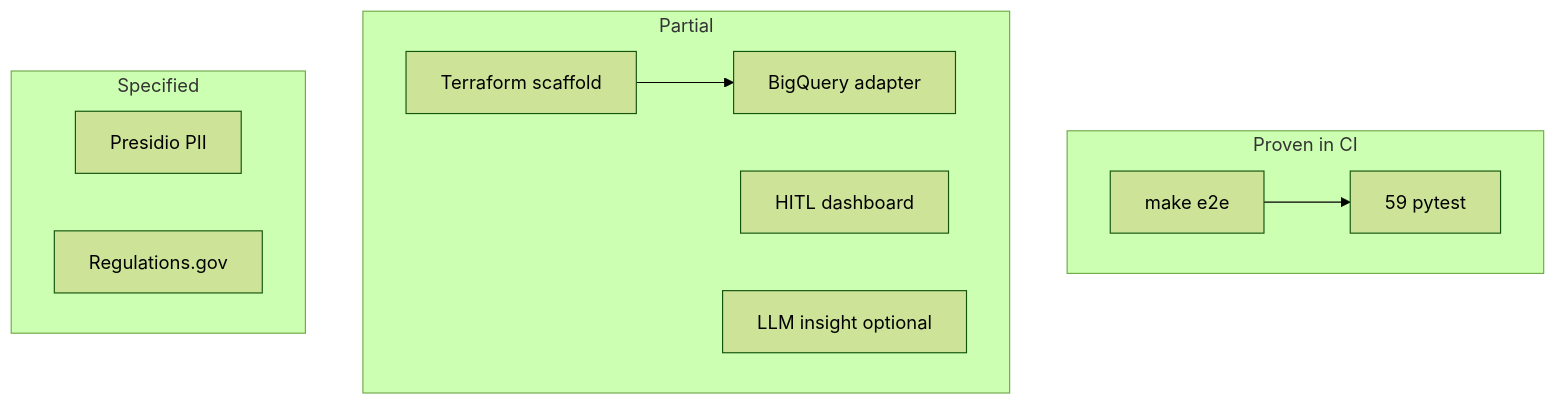
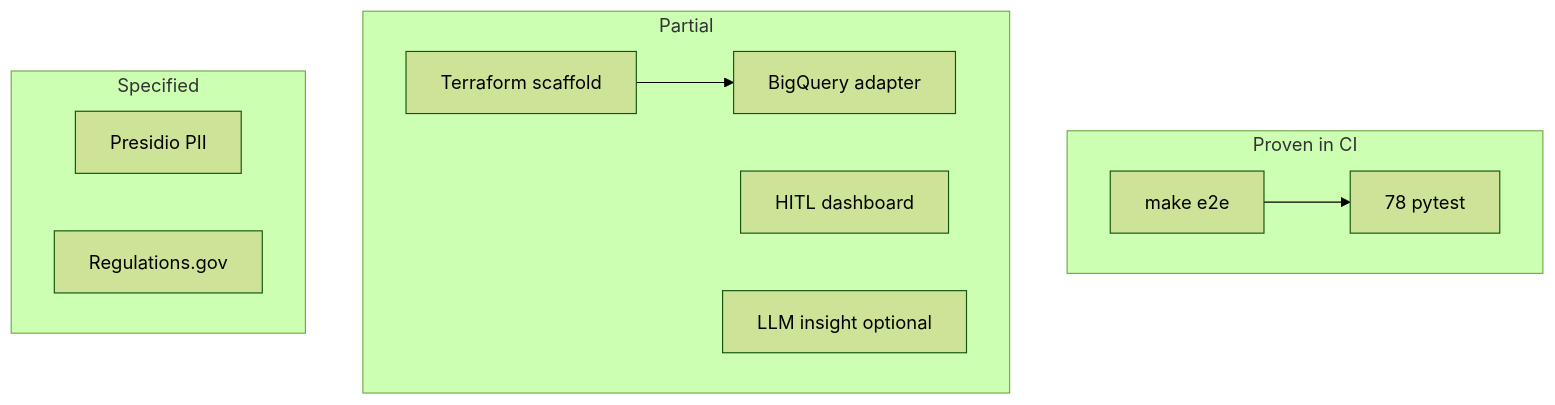
The diagram in docs/FINAL-REVIEW.md (khaosans/operator-etl), drawn with Mermaid (forest theme) before and after one commit. The commit also changed other lines of this file and 57 other files, not shown here.

````diff
--- a/docs/FINAL-REVIEW.md
+++ b/docs/FINAL-REVIEW.md
@@ -50,22 +50,22 @@
 ```mermaid
 flowchart TB
   subgraph proven [Proven in CI]
     E2E[make e2e]
-    Pytest[59 pytest]
+    Pytest[78 pytest]
   end
 
   subgraph partial [Partial]
     TF[Terraform scaffold]
     BQ[BigQuery adapter]
     HITL[HITL dashboard]
     LLM[LLM insight optional]
   end
 
   subgraph specified [Specified]
     Presidio[Presidio PII]
     RegGov[Regulations.gov]
   end
 
   E2E --> Pytest
   TF --> BQ
 ```
````
